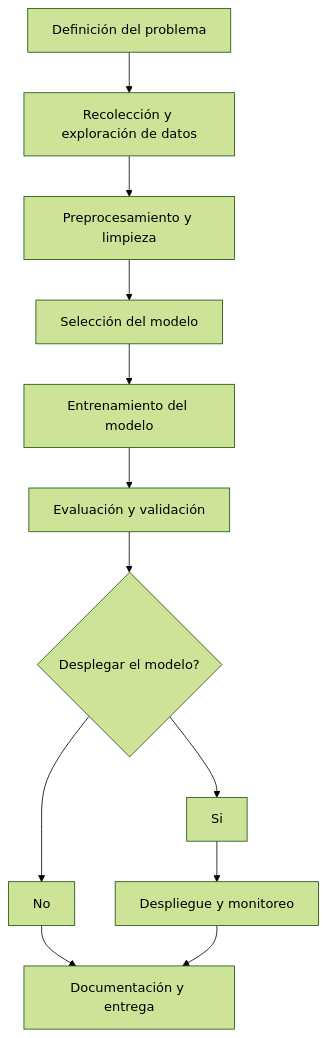
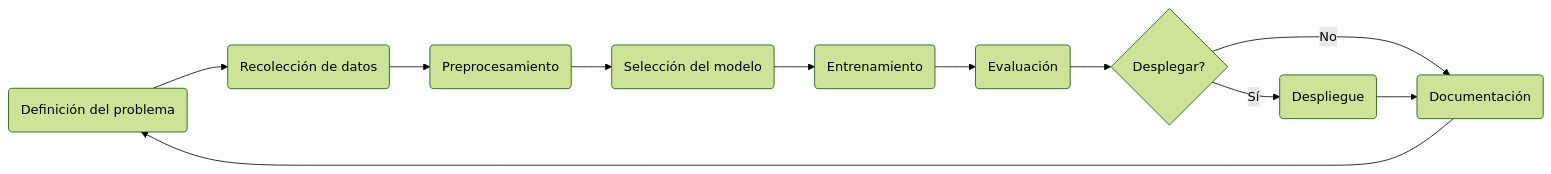
Before and after one commit to NaTHuber/exploration-notes: the diagram in bitacoras-exploracion/BE-etapas-comunes-de-un-proyecto-de-IA.md, drawn with Mermaid (forest theme).

Commit message:
BE: Se cambia el formato del diagrama de etapas en un proyecto de IA

````diff
--- a/bitacoras-exploracion/BE-etapas-comunes-de-un-proyecto-de-IA.md
+++ b/bitacoras-exploracion/BE-etapas-comunes-de-un-proyecto-de-IA.md
@@ -3,13 +3,13 @@
 ```mermaid
-flowchart TD
-    A[Definición del problema] --> B[Recolección y exploración de datos]
-    B --> C[Preprocesamiento y limpieza]
-    C --> D[Selección del modelo]
-    D --> E[Entrenamiento del modelo]
-    E --> F[Evaluación y validación]
-    F --> G{Desplegar el modelo?}
-    G --> Si --> H[Despliegue y monitoreo]
-    G --> No --> I[Documentación y entrega]
+graph LR
+    A(Definición del problema) --> B(Recolección de datos)
+    B --> C(Preprocesamiento)
+    C --> D(Selección del modelo)
+    D --> E(Entrenamiento)
+    E --> F(Evaluación)
+    F --> G{Desplegar?}
+    G -->|Sí| H(Despliegue)
+    G -->|No| I(Documentación)
     H --> I
-    
+    I --> A
 ```
````
